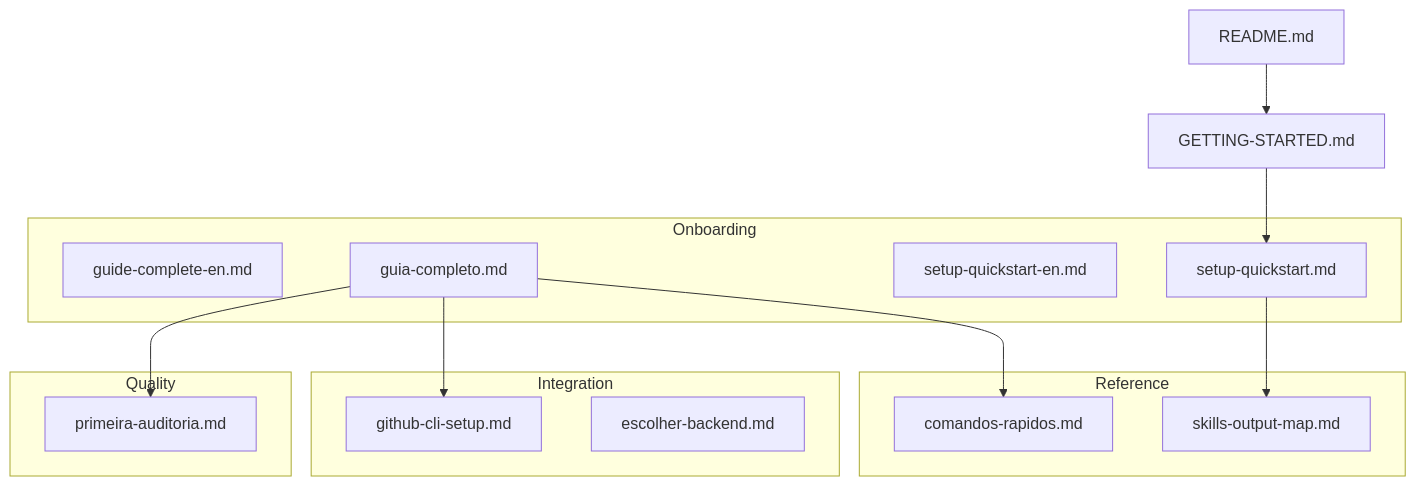
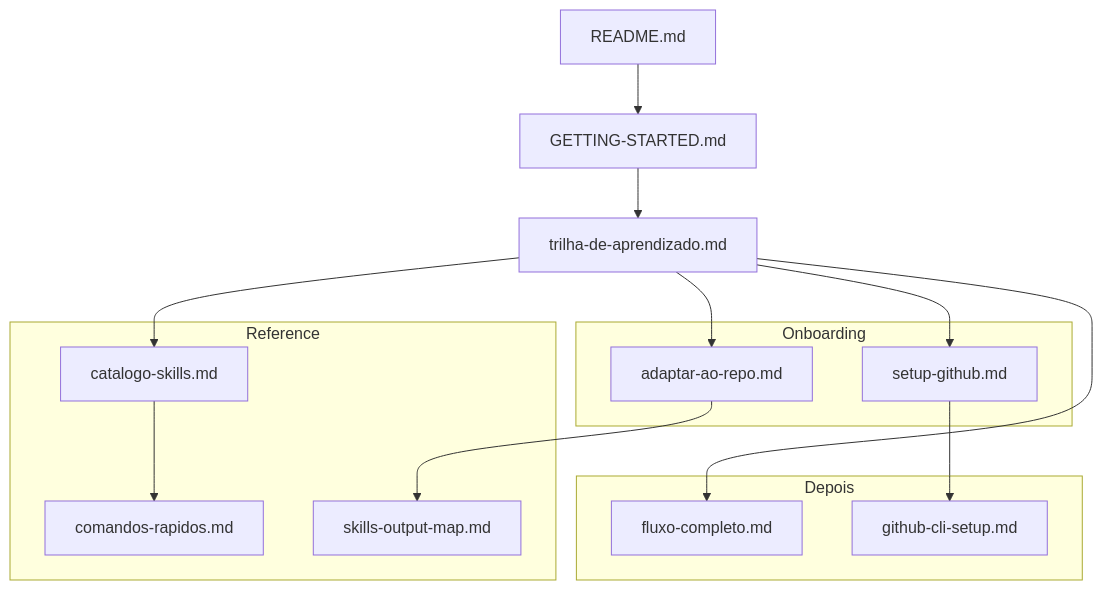
The diagram in .github/docs/assets/hyperion-docs-map.mmd (MatheusFelipeCorrea/Dev-Kit), drawn with Mermaid before and after one commit. The commit also changed 50 other files, not shown here.

```diff
--- a/.github/docs/assets/hyperion-docs-map.mmd
+++ b/.github/docs/assets/hyperion-docs-map.mmd
@@ -1,31 +1,30 @@
 flowchart TB
   GS["GETTING-STARTED.md"]
   README["README.md"]
+  TRILHA["trilha-de-aprendizado.md"]
 
   subgraph onboarding ["Onboarding"]
-    GCEN["guide-complete-en.md"]
-    GCPT["guia-completo.md"]
-    SQEN["setup-quickstart-en.md"]
-    SQPT["setup-quickstart.md"]
+    SETUP["setup-github.md"]
+    ADAPT["adaptar-ao-repo.md"]
   end
 
   subgraph reference ["Reference"]
     CMD["comandos-rapidos.md"]
+    CAT["catalogo-skills.md"]
     SOM["skills-output-map.md"]
   end
 
-  subgraph integration ["Integration"]
+  subgraph rest ["Depois"]
+    FLOW["fluxo-completo.md"]
     GH["github-cli-setup.md"]
-    BE["escolher-backend.md"]
   end
 
-  subgraph quality ["Quality"]
-    AU["primeira-auditoria.md"]
-  end
-
-  GS --> SQPT
   README --> GS
-  GCPT --> CMD
-  GCPT --> GH
-  GCPT --> AU
-  SQPT --> SOM
+  GS --> TRILHA
+  TRILHA --> SETUP
+  TRILHA --> ADAPT
+  TRILHA --> FLOW
+  SETUP --> GH
+  ADAPT --> SOM
+  TRILHA --> CAT
+  CAT --> CMD
```
